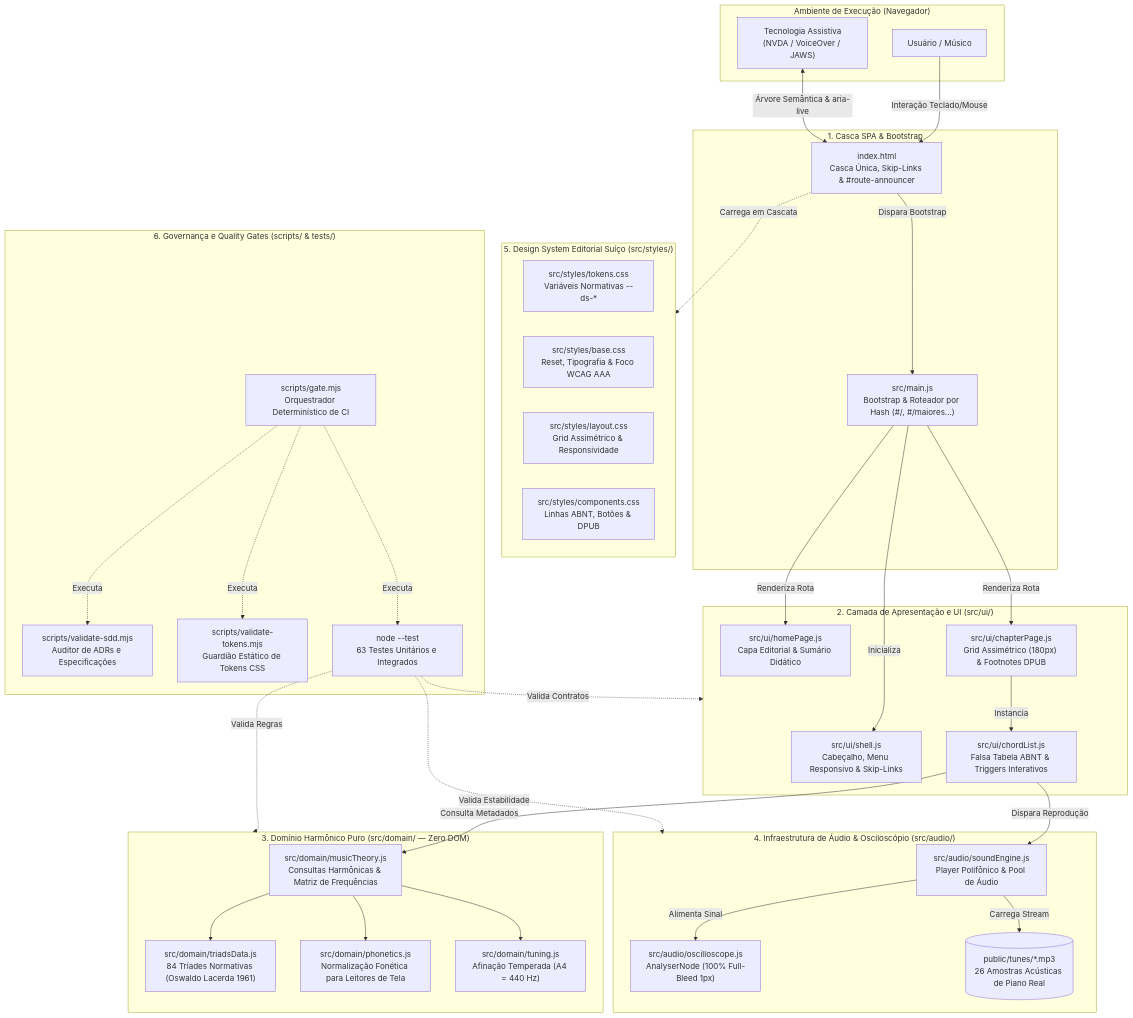
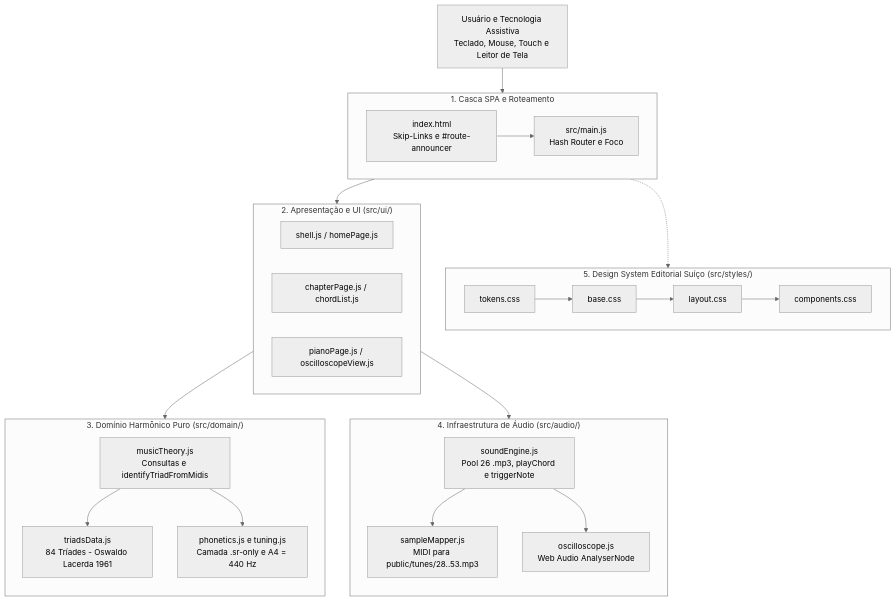
The first of 4 diagrams in README.md (julianachavespalm/acordes), drawn with Mermaid before and after one commit. The commit also changed other lines of this file and 39 other files, not shown here.

Commit message:
docs: atualiza ADRs, especificacoes SDD e README arquitetural completo

````diff
--- a/README.md
+++ b/README.md
@@ -63,72 +71,48 @@
 ```mermaid
+%%{init: {'theme': 'neutral'}}%%
 flowchart TD
-    subgraph CLIENT ["Ambiente de Execução (Navegador)"]
-        User["Usuário / Músico"]
-        AT["Tecnologia Assistiva<br/>(NVDA / VoiceOver / JAWS)"]
+    User["Usuário e Tecnologia Assistiva<br/>Teclado, Mouse, Touch e Leitor de Tela"]
+
+    subgraph SPA["1. Casca SPA e Roteamento"]
+        direction LR
+        Index["index.html<br/>Skip-Links e #route-announcer"]
+        Main["src/main.js<br/>Hash Router e Foco"]
+        Index --> Main
     end
 
-    subgraph ENTRY ["1. Casca SPA & Bootstrap"]
-        Index["index.html<br/>Casca Única, Skip-Links & #route-announcer"]
-        Main["src/main.js<br/>Bootstrap & Roteador por Hash (#/, #/maiores...)"]
+    subgraph STYLES["5. Design System Editorial Suíço (src/styles/)"]
+        direction LR
+        Tokens["tokens.css"] --> Base["base.css"] --> Layout["layout.css"] --> Components["components.css"]
     end
 
-    subgraph PRESENTATION ["2. Camada de Apresentação e UI (src/ui/)"]
-        ShellUI["src/ui/shell.js<br/>Cabeçalho, Menu Responsivo & Skip-Links"]
-        HomeUI["src/ui/homePage.js<br/>Capa Editorial & Sumário Didático"]
-        ChapterUI["src/ui/chapterPage.js<br/>Grid Assimétrico (180px) & Footnotes DPUB"]
-        ChordListUI["src/ui/chordList.js<br/>Falsa Tabela ABNT & Triggers Interativos"]
+    subgraph UI["2. Apresentação e UI (src/ui/)"]
+        direction LR
+        Shell["shell.js / homePage.js"]
+        Chapters["chapterPage.js / chordList.js"]
+        PianoUI["pianoPage.js / oscilloscopeView.js"]
     end
 
-    subgraph DOMAIN ["3. Domínio Harmônico Puro (src/domain/ — Zero DOM)"]
-        Theory["src/domain/musicTheory.js<br/>Consultas Harmônicas & Matriz de Frequências"]
-        Triads["src/domain/triadsData.js<br/>84 Tríades Normativas (Oswaldo Lacerda 1961)"]
-        Phonetics["src/domain/phonetics.js<br/>Normalização Fonética para Leitores de Tela"]
-        Tuning["src/domain/tuning.js<br/>Afinação Temperada (A4 = 440 Hz)"]
+    subgraph DOMAIN["3. Domínio Harmônico Puro (src/domain/)"]
+        direction TB
+        Theory["musicTheory.js<br/>Consultas e identifyTriadFromMidis"]
+        Triads["triadsData.js<br/>84 Tríades - Oswaldo Lacerda 1961"]
+        Support["phonetics.js e tuning.js<br/>Camada .sr-only e A4 = 440 Hz"]
+        Theory --> Triads
+        Theory --> Support
     end
 
-    subgraph AUDIO ["4. Infraestrutura de Áudio & Osciloscópio (src/audio/)"]
-        SoundEngine["src/audio/soundEngine.js<br/>Player Polifônico & Pool de Áudio"]
-        Oscilloscope["src/audio/oscilloscope.js<br/>AnalyserNode (100% Full-Bleed 1px)"]
-        Samples[("public/tunes/*.mp3<br/>26 Amostras Acústicas de Piano Real")]
+    subgraph AUDIO["4. Infraestrutura de Áudio (src/audio/)"]
+        direction TB
+        Engine["soundEngine.js<br/>Pool 26 .mp3, playChord e triggerNote"]
+        Mapper["sampleMapper.js<br/>MIDI para public/tunes/28..53.mp3"]
+        Analyzer["oscilloscope.js<br/>Web Audio AnalyserNode"]
+        Engine --> Mapper
+        Engine --> Analyzer
     end
 
-    subgraph STYLES ["5. Design System Editorial Suíço (src/styles/)"]
-        Tokens["src/styles/tokens.css<br/>Variáveis Normativas --ds-*"]
-        Base["src/styles/base.css<br/>Reset, Tipografia & Foco WCAG AAA"]
-        Layout["src/styles/layout.css<br/>Grid Assimétrico & Responsividade"]
-        Components["src/styles/components.css<br/>Linhas ABNT, Botões & DPUB"]
-    end
-
-    subgraph GOVERNANCE ["6. Governança e Quality Gates (scripts/ & tests/)"]
-        Gate["scripts/gate.mjs<br/>Orquestrador Determinístico de CI"]
-        SpecVal["scripts/validate-sdd.mjs<br/>Auditor de ADRs e Especificações"]
-        TokenVal["scripts/validate-tokens.mjs<br/>Guardião Estático de Tokens CSS"]
-        Tests["node --test<br/>63 Testes Unitários e Integrados"]
-    end
-
-    User -->|Interação Teclado/Mouse| Index
-    AT <-->|Árvore Semântica & aria-live| Index
-    Index -->|Dispara Bootstrap| Main
-    Main -->|Inicializa| ShellUI
-    Main -->|Renderiza Rota| HomeUI
-    Main -->|Renderiza Rota| ChapterUI
-    ChapterUI -->|Instancia| ChordListUI
-
-    ChordListUI -->|Consulta Metadados| Theory
-    Theory --> Triads
-    Theory --> Phonetics
-    Theory --> Tuning
-
-    ChordListUI -->|Dispara Reprodução| SoundEngine
-    SoundEngine -->|Alimenta Sinal| Oscilloscope
-    SoundEngine -->|Carrega Stream| Samples
-
-    Index -.->|Carrega em Cascata| STYLES
-
-    Gate -.->|Executa| SpecVal
-    Gate -.->|Executa| TokenVal
-    Gate -.->|Executa| Tests
-    Tests -.->|Valida Regras| DOMAIN
-    Tests -.->|Valida Contratos| PRESENTATION
-    Tests -.->|Valida Estabilidade| AUDIO
+    User --> SPA
+    SPA -.-> STYLES
+    SPA --> UI
+    UI --> DOMAIN
+    UI --> AUDIO
 ```
````
